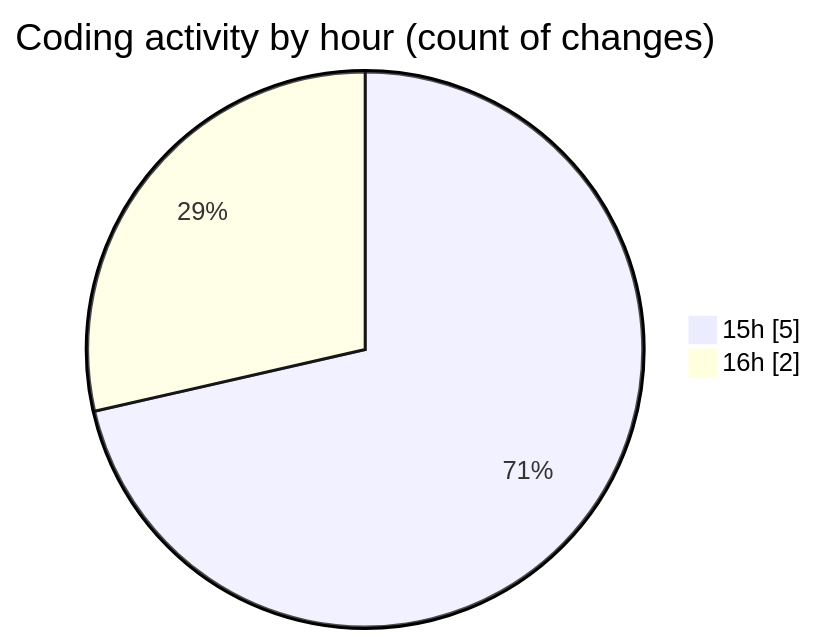
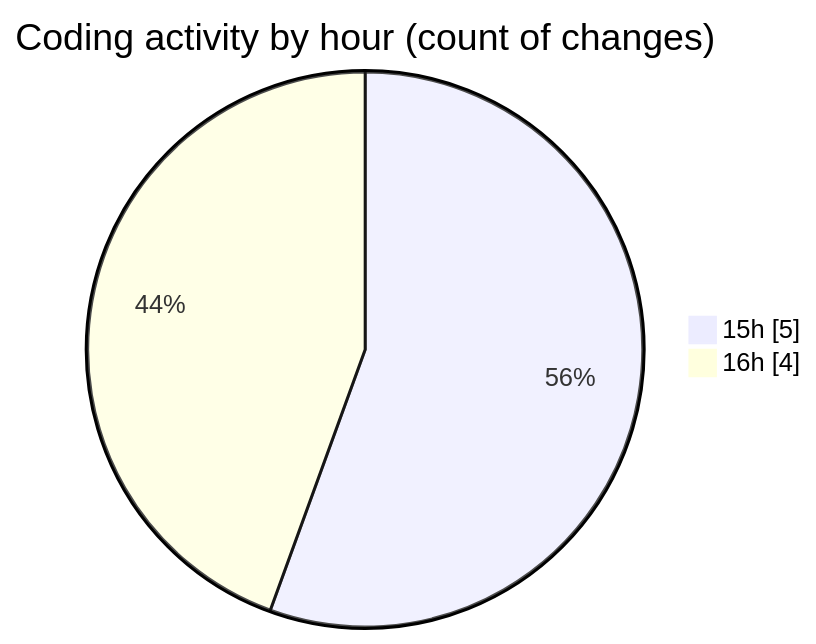
One commit to EIIisD/code-tracking changed the second of 2 diagrams in 2025-07-22/fish/README.md. Above: the diagram before and after it, drawn with Mermaid. The commit also changed other lines of this file and 1 other file, not shown here.

````diff
--- a/2025-07-22/fish/README.md
+++ b/2025-07-22/fish/README.md
@@ -28,6 +29,6 @@
 ```mermaid
 pie showData
 title Coding activity by hour (count of changes)
 "15h" : 5
-"16h" : 2
+"16h" : 4
 ```
````
